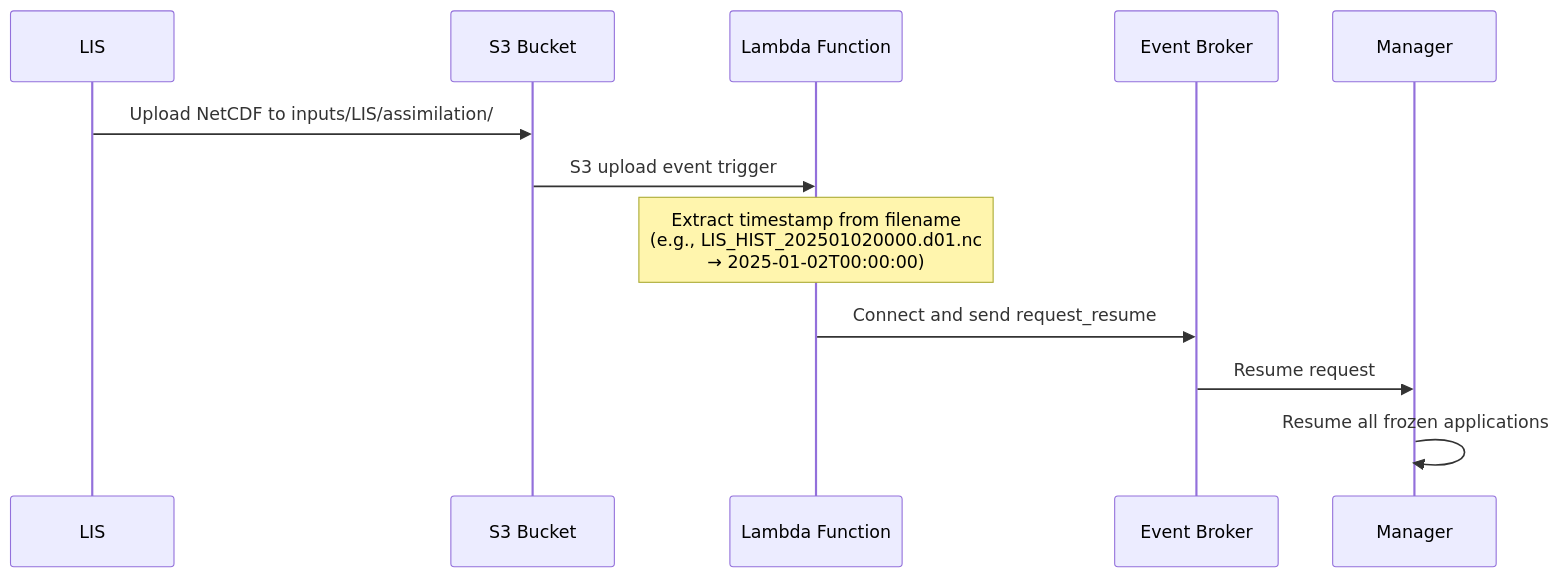
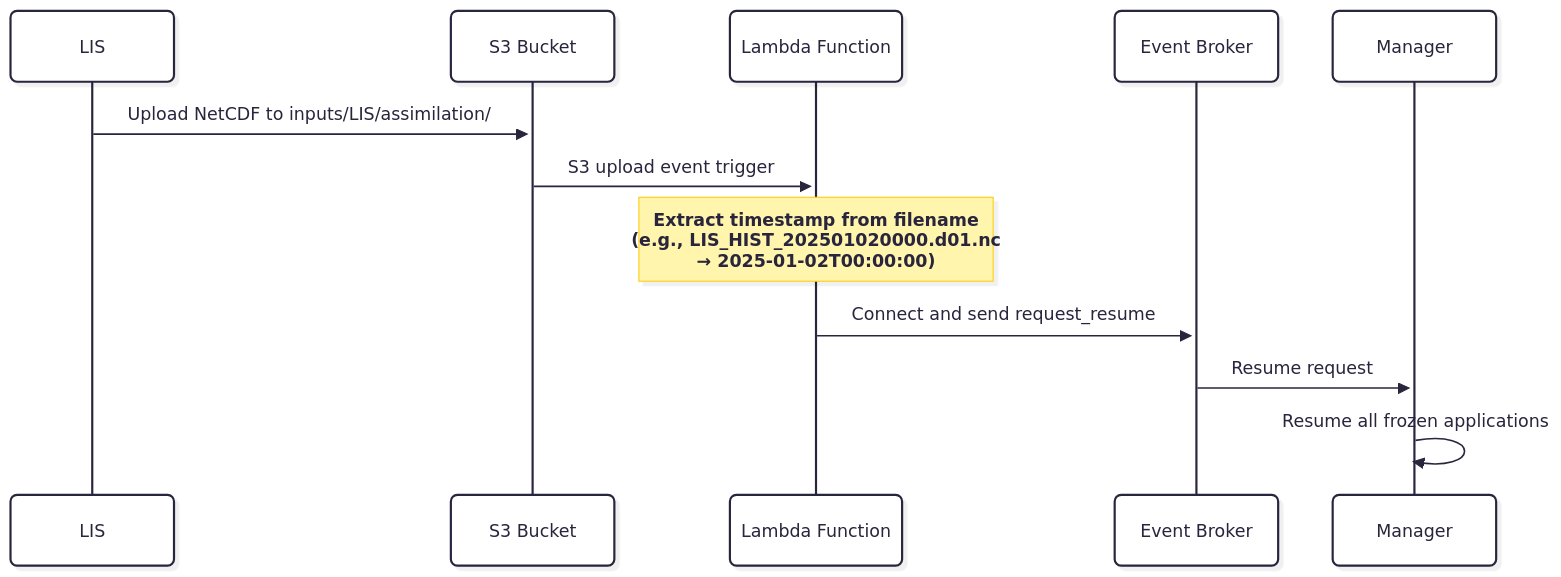
Before and after one commit to code-lab-org/sos: the sixth of 6 diagrams in README.md, drawn with Mermaid.

Commit message:
update diagram

````diff
--- a/README.md
+++ b/README.md
@@ -442,15 +442,20 @@
 ```mermaid
+---
+config:
+  look: neo
+  theme: redux
+---
 sequenceDiagram
     participant LIS
     participant S3 as S3 Bucket
     participant Lambda as Lambda Function
     participant EB as Event Broker
     participant Manager
 
     LIS->>S3: Upload NetCDF to inputs/LIS/assimilation/
     S3->>Lambda: S3 upload event trigger
     Note over Lambda: Extract timestamp from filename<br/>(e.g., LIS_HIST_202501020000.d01.nc<br/>→ 2025-01-02T00:00:00)
     Lambda->>EB: Connect and send request_resume
     EB->>Manager: Resume request
     Manager->>Manager: Resume all frozen applications
 ```
````
